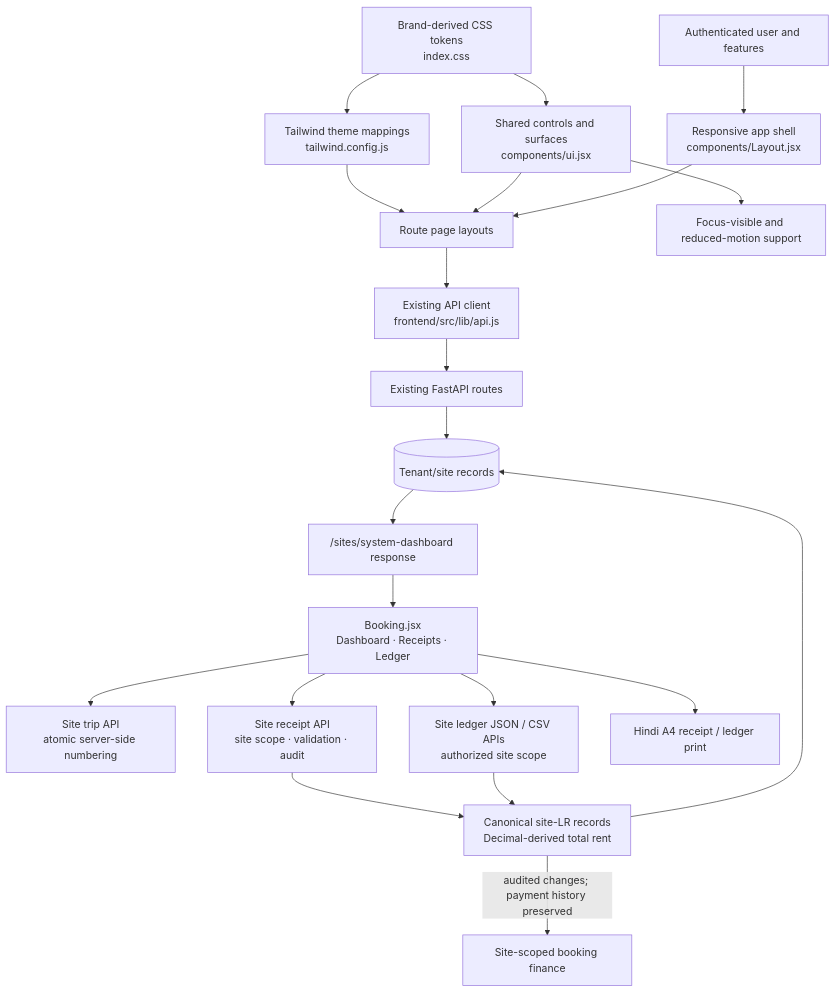
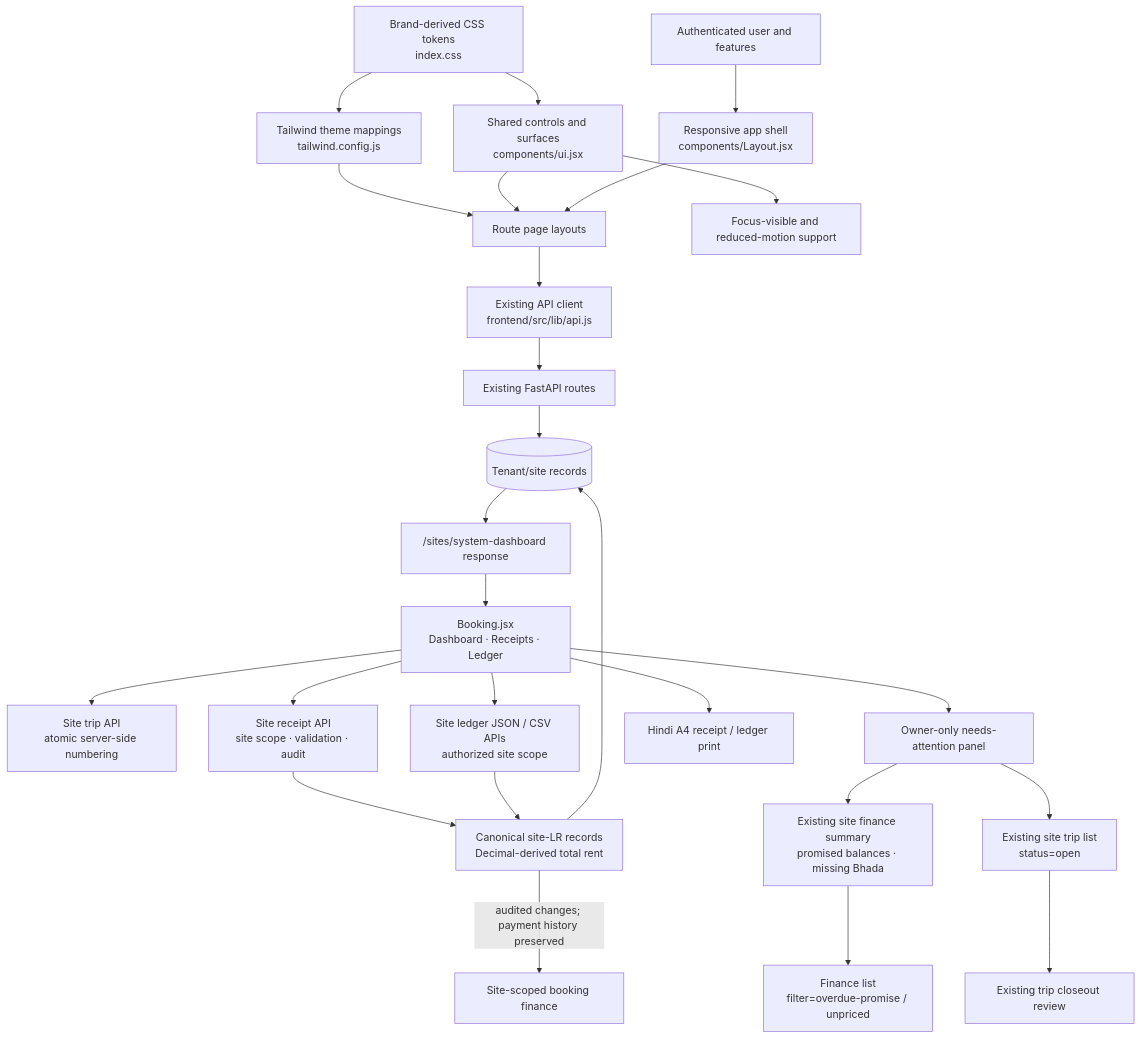
One commit to adeotale2798/FleetManagementSystem changed the fourth of 14 diagrams in ARCHITECTURE.md. Above: the diagram before and after it, drawn with Mermaid. The commit also changed other lines of this file and 21 other files, not shown here.

````diff
--- a/ARCHITECTURE.md
+++ b/ARCHITECTURE.md
@@ -157,23 +157,28 @@
 ```mermaid
 flowchart TD
     Tokens["Brand-derived CSS tokens<br/>index.css"] --> TW["Tailwind theme mappings<br/>tailwind.config.js"]
     Tokens --> Shared["Shared controls and surfaces<br/>components/ui.jsx"]
     TW --> Pages["Route page layouts"]
     Shared --> Pages
     Auth["Authenticated user and features"] --> Shell["Responsive app shell<br/>components/Layout.jsx"]
     Shell --> Pages
     Pages --> API["Existing API client<br/>frontend/src/lib/api.js"]
     API --> Backend["Existing FastAPI routes"]
     Backend --> TenantData[("Tenant/site records")]
     TenantData --> DashboardAPI["/sites/system-dashboard response"]
     DashboardAPI --> Booking["Booking.jsx<br/>Dashboard · Receipts · Ledger"]
     Booking --> TripAPI["Site trip API<br/>atomic server-side numbering"]
     Booking --> ReceiptAPI["Site receipt API<br/>site scope · validation · audit"]
+    Booking --> OwnerAttention["Owner-only needs-attention panel"]
+    OwnerAttention --> SiteFinanceRead["Existing site finance summary<br/>promised balances · missing Bhada"]
+    OwnerAttention --> OpenTripsRead["Existing site trip list<br/>status=open"]
+    SiteFinanceRead --> FinanceFilter["Finance list<br/>filter=overdue-promise / unpriced"]
+    OpenTripsRead --> Closeout["Existing trip closeout review"]
     ReceiptAPI --> CanonicalLRUpdate["Canonical site-LR records<br/>Decimal-derived total rent"]
     Booking --> LedgerAPI["Site ledger JSON / CSV APIs<br/>authorized site scope"]
     LedgerAPI --> CanonicalLRUpdate
     Booking --> Print["Hindi A4 receipt / ledger print"]
     CanonicalLRUpdate --> TenantData
     CanonicalLRUpdate -->|"audited changes; payment history preserved"| SiteMoney["Site-scoped booking finance"]
     Shared --> Accessibility["Focus-visible and reduced-motion support"]
 ```
````
